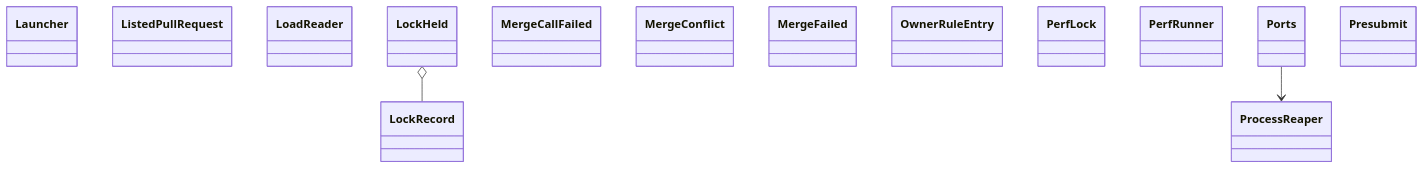
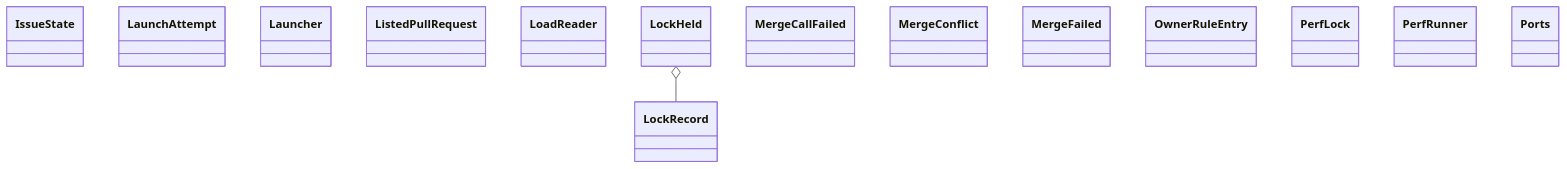
One commit to GonzaloZevallos/agentic-system changed the diagram in docs/architecture/generated/classes-process-application-support-3.md. Above: the diagram before and after it, drawn with Mermaid. The commit also changed other lines of this file and 23 other files, not shown here.

````diff
--- a/docs/architecture/generated/classes-process-application-support-3.md
+++ b/docs/architecture/generated/classes-process-application-support-3.md
@@ -16,19 +16,18 @@
 ```mermaid
 classDiagram
+    class ports__IssueState["IssueState"]
+    class ports__LaunchAttempt["LaunchAttempt"]
     class ports__Launcher["Launcher"]
     class ports__ListedPullRequest["ListedPullRequest"]
     class ports__LoadReader["LoadReader"]
     class ports__LockHeld["LockHeld"]
     class ports__LockRecord["LockRecord"]
     class ports__MergeCallFailed["MergeCallFailed"]
     class ports__MergeConflict["MergeConflict"]
     class ports__MergeFailed["MergeFailed"]
     class ports__OwnerRuleEntry["OwnerRuleEntry"]
     class ports__PerfLock["PerfLock"]
     class ports__PerfRunner["PerfRunner"]
     class ports__Ports["Ports"]
-    class ports__Presubmit["Presubmit"]
-    class ports__ProcessReaper["ProcessReaper"]
     ports__LockHeld o-- ports__LockRecord
-    ports__Ports --> ports__ProcessReaper
 ```
````
